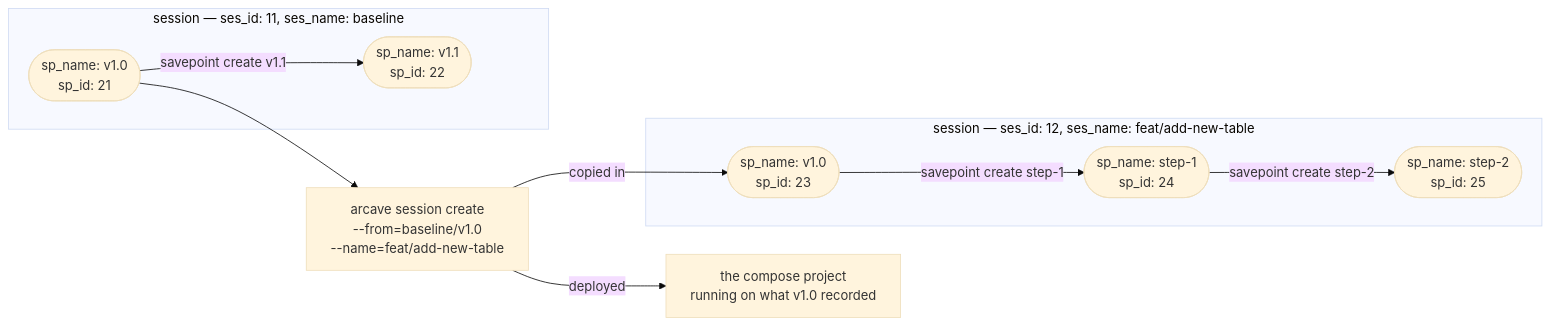
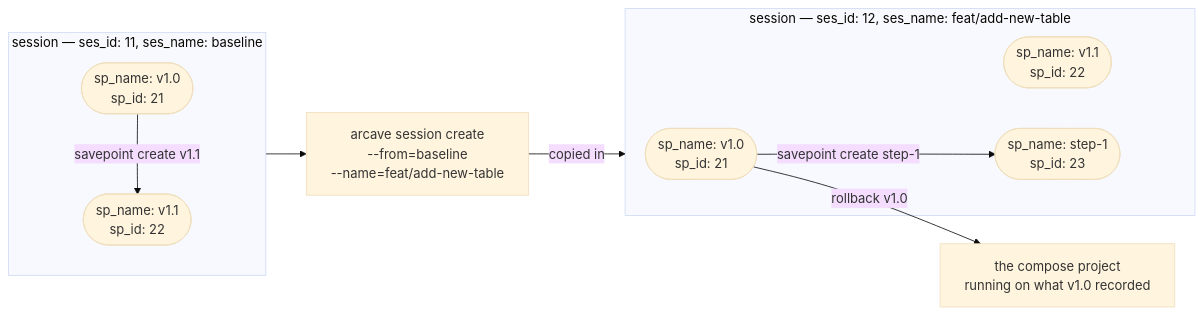
The second of 2 diagrams in docs/sessions.md (GreenmaskIO/arcave), drawn with Mermaid (base theme) before and after one commit. The commit also changed other lines of this file and 48 other files, not shown here.

First line of the commit message:
feat(session): fork a session with `arcave session create --from`

````diff
--- a/docs/sessions.md
+++ b/docs/sessions.md
@@ -51,13 +51,14 @@
 ```mermaid
 %%{init: {"flowchart": {"wrappingWidth": 340}} }%%
 flowchart LR
     subgraph sA["session — ses_id: 11, ses_name: baseline"]
         A1(["sp_name: v1.0<br/>sp_id: 21"]) -- "savepoint create v1.1" --> A2(["sp_name: v1.1<br/>sp_id: 22"])
     end
-    A1 --> F["arcave session create<br/>--from=baseline/v1.0<br/>--name=feat/add-new-table"]
-    F -- "copied in" --> B1
-    F -- "deployed" --> E["the compose project<br/>running on what v1.0 recorded"]
+    sA --> F["arcave session create<br/>--from=baseline<br/>--name=feat/add-new-table"]
+    F -- "copied in" --> sB
+    B1 -- "rollback v1.0" --> E["the compose project<br/>running on what v1.0 recorded"]
     subgraph sB["session — ses_id: 12, ses_name: feat/add-new-table"]
-        B1(["sp_name: v1.0<br/>sp_id: 23"]) -- "savepoint create step-1" --> B2(["sp_name: step-1<br/>sp_id: 24"]) -- "savepoint create step-2" --> B3(["sp_name: step-2<br/>sp_id: 25"])
+        B1(["sp_name: v1.0<br/>sp_id: 21"]) ~~~ B2(["sp_name: v1.1<br/>sp_id: 22"])
+        B1 -- "savepoint create step-1" --> B3(["sp_name: step-1<br/>sp_id: 23"])
     end
 ```
````
